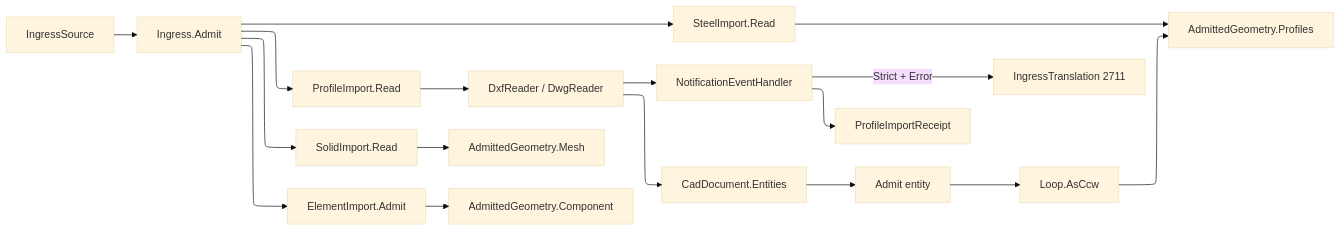
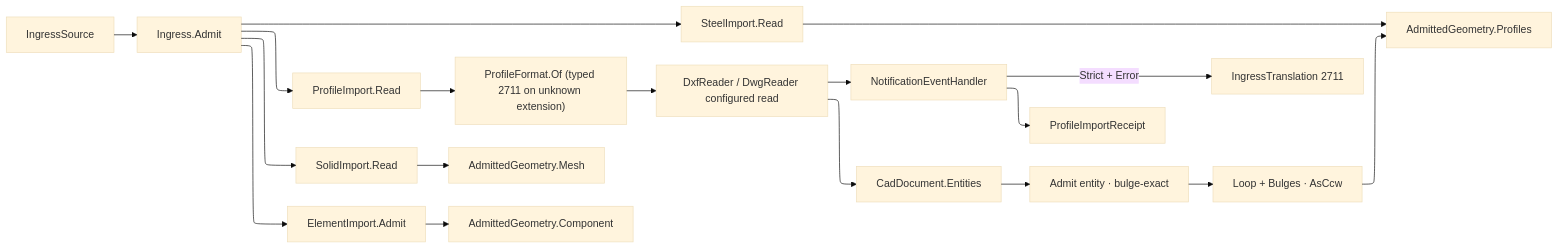
Before and after one commit to bsamiee/Rasm: the diagram in libs/csharp/Rasm.Fabrication/.planning/Ingress/profile.md, drawn with Mermaid. The commit also changed other lines of this file and 79 other files, not shown here.

````diff
--- a/libs/csharp/Rasm.Fabrication/.planning/Ingress/profile.md
+++ b/libs/csharp/Rasm.Fabrication/.planning/Ingress/profile.md
@@ -198,24 +205,25 @@
 ```mermaid
 ---
 config:
   layout: elk
   theme: base
 ---
 flowchart LR
     Source["IngressSource"] --> Dispatch["Ingress.Admit"]
     Dispatch --> Profile["ProfileImport.Read"]
     Dispatch --> Solid["SolidImport.Read"]
     Dispatch --> Steel["SteelImport.Read"]
     Dispatch --> Element["ElementImport.Admit"]
-    Profile --> Open["DxfReader / DwgReader"]
+    Profile --> Format["ProfileFormat.Of (typed 2711 on unknown extension)"]
+    Format --> Open["DxfReader / DwgReader configured read"]
     Open --> Notify["NotificationEventHandler"]
     Notify --> Receipt["ProfileImportReceipt"]
     Notify -->|"Strict + Error"| Fault["IngressTranslation 2711"]
     Open --> Entities["CadDocument.Entities"]
-    Entities --> Admit["Admit entity"]
-    Admit --> Loop["Loop.AsCcw"]
+    Entities --> Admit["Admit entity · bulge-exact"]
+    Admit --> Loop["Loop + Bulges · AsCcw"]
     Loop --> Profiles["AdmittedGeometry.Profiles"]
     Solid --> Mesh["AdmittedGeometry.Mesh"]
     Steel --> Profiles
     Element --> Component["AdmittedGeometry.Component"]
 ```
````
